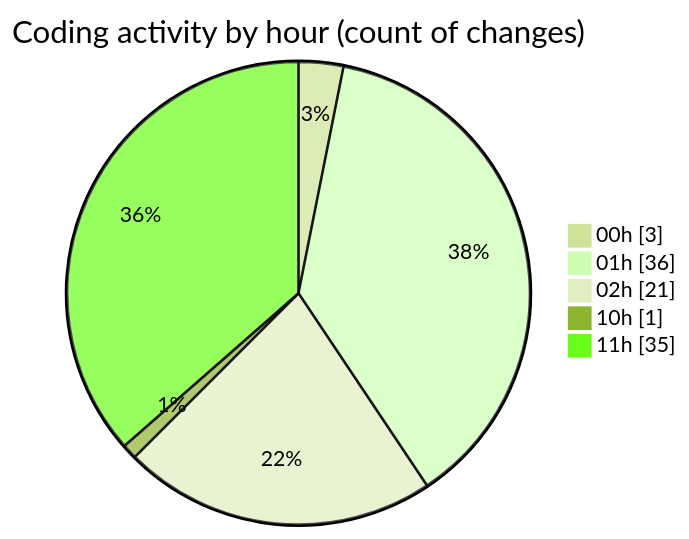
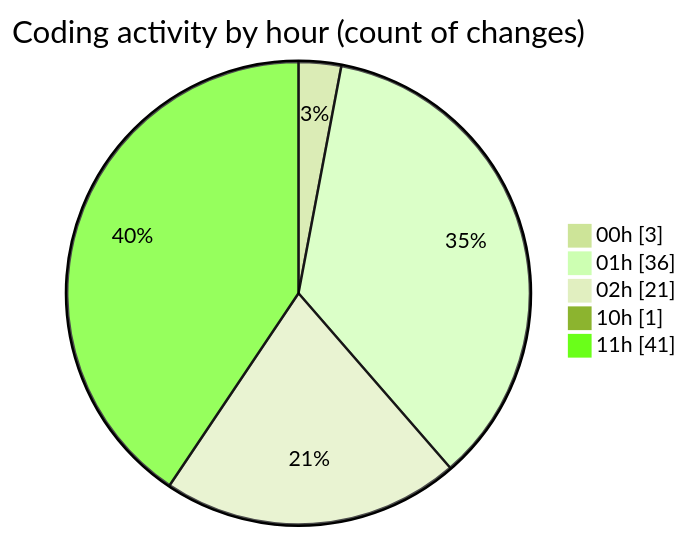
The second of 2 diagrams in 2025-09-05/hiai-phf/README.md (lephambinh05/code-tracking), drawn with Mermaid (forest theme) before and after one commit. The commit also changed other lines of this file and 1 other file, not shown here.

````diff
--- a/2025-09-05/hiai-phf/README.md
+++ b/2025-09-05/hiai-phf/README.md
@@ -64,9 +65,9 @@
 ```mermaid
 pie showData
 title Coding activity by hour (count of changes)
 "00h" : 3
 "01h" : 36
 "02h" : 21
 "10h" : 1
-"11h" : 35
+"11h" : 41
 ```
````
